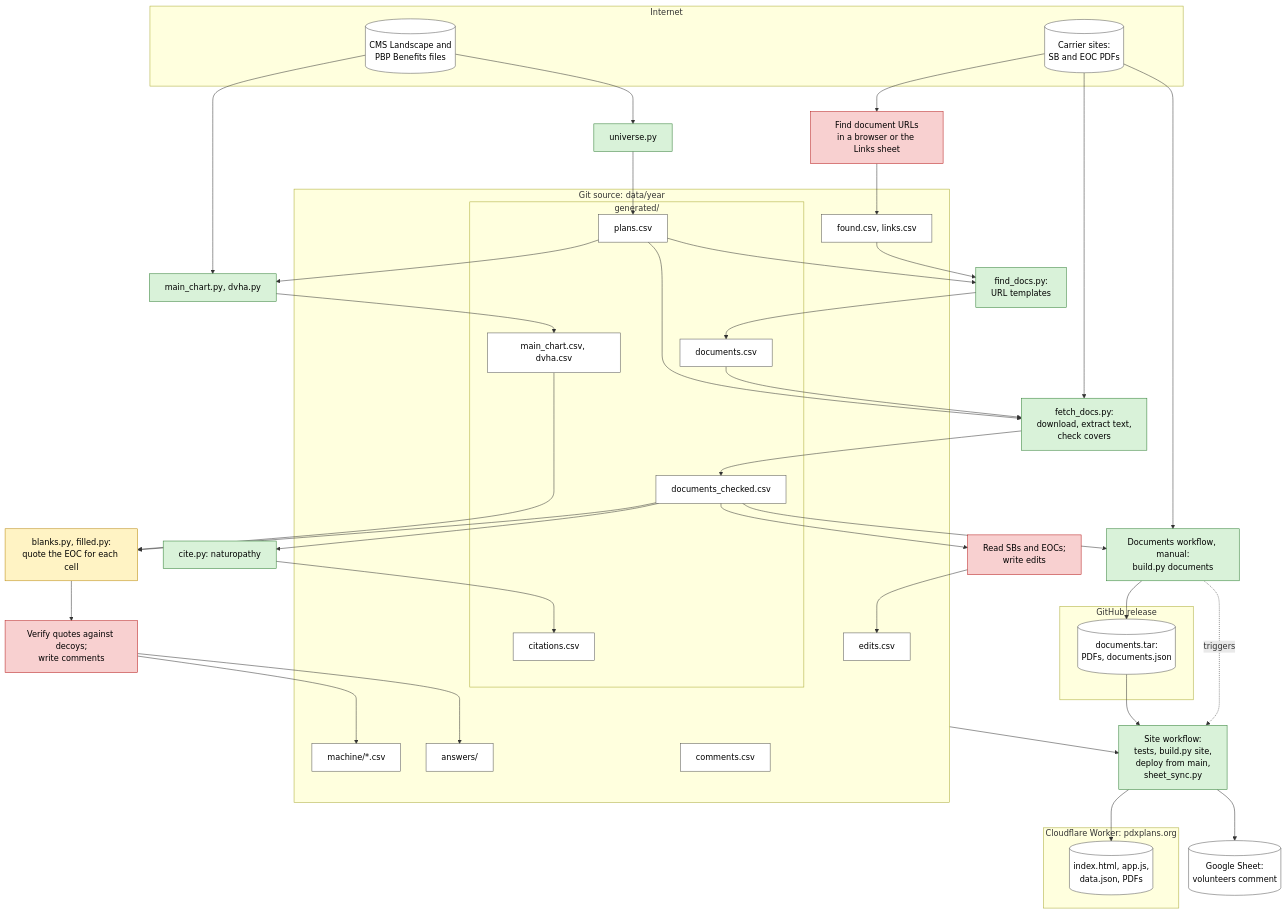
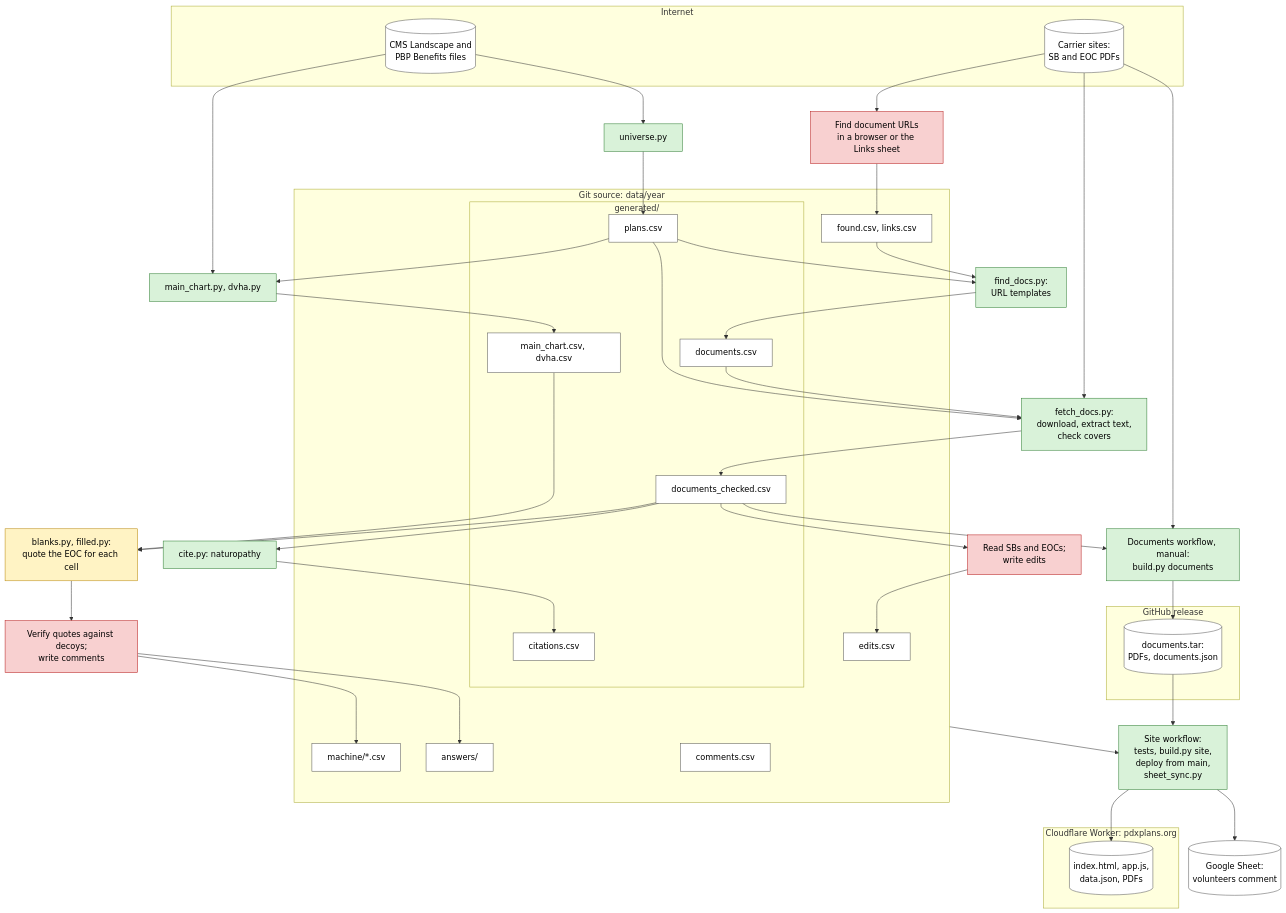
The diagram in docs/pipeline.md (rosenhouse-bot-sandbox/shiba-data), drawn with Mermaid before and after one commit. The commit also changed other lines of this file and 9 other files, not shown here.

````diff
--- a/docs/pipeline.md
+++ b/docs/pipeline.md
@@ -5,67 +5,66 @@
 ```mermaid
 flowchart TB
   classDef det fill:#d9f2d9,stroke:#2e7d32,color:#000
   classDef cheap fill:#fff3c4,stroke:#b8860b,color:#000
   classDef heavy fill:#f8d0d0,stroke:#b71c1c,color:#000
   classDef state fill:#fff,stroke:#555,color:#000
 
   subgraph external [Internet]
     carriers[(Carrier sites:<br>SB and EOC PDFs)]:::state
     cms[(CMS Landscape and<br>PBP Benefits files)]:::state
   end
 
   subgraph git [Git source: data/year]
     finds[found.csv, links.csv]:::state
     subgraph generated [generated/]
       plans[plans.csv]:::state
       documents[documents.csv]:::state
       checked[documents_checked.csv]:::state
       citations[citations.csv]:::state
       sheets[main_chart.csv, dvha.csv]:::state
     end
     eoccites[machine/*.csv]:::state
     answers[answers/]:::state
     edits[edits.csv]:::state
     comments[comments.csv]:::state
   end
 
   subgraph release [GitHub release]
     tar[(documents.tar:<br>PDFs, documents.json)]:::state
   end
 
   subgraph web [Cloudflare Worker: pdxplans.org]
     site[(index.html, app.js,<br>data.json, PDFs)]:::state
   end
 
   sheet[(Google Sheet:<br>volunteers comment)]:::state
 
   findurls[Find document URLs<br>in a browser or the Links sheet]:::heavy
   finddocs[find_docs.py:<br>URL templates]:::det
   universe[universe.py]:::det
   fetch[fetch_docs.py:<br>download, extract text,<br>check covers]:::det
   review[Read SBs and EOCs;<br>write edits]:::heavy
   cite[cite.py: naturopathy]:::det
   gen[main_chart.py, dvha.py]:::det
 
   carriers --> findurls --> finds
   finds & plans --> finddocs --> documents
   cms --> universe --> plans
   documents & plans --> fetch --> checked
   carriers --> fetch
   checked --> review --> edits
   checked --> cite --> citations
   cms & plans --> gen --> sheets
 
   extract[blanks.py, filled.py:<br>quote the EOC for each cell]:::cheap
   verify[Verify quotes against decoys;<br>write comments]:::heavy
 
   checked & sheets --> extract --> verify --> eoccites & answers
 
   docwf[Documents workflow, manual:<br>build.py documents]:::det
   sitewf[Site workflow:<br>tests, build.py site,<br>deploy from main,<br>sheet_sync.py]:::det
 
   checked --> docwf
   carriers --> docwf --> tar
-  docwf -. triggers .-> sitewf
   tar & git --> sitewf --> site & sheet
 ```
````
